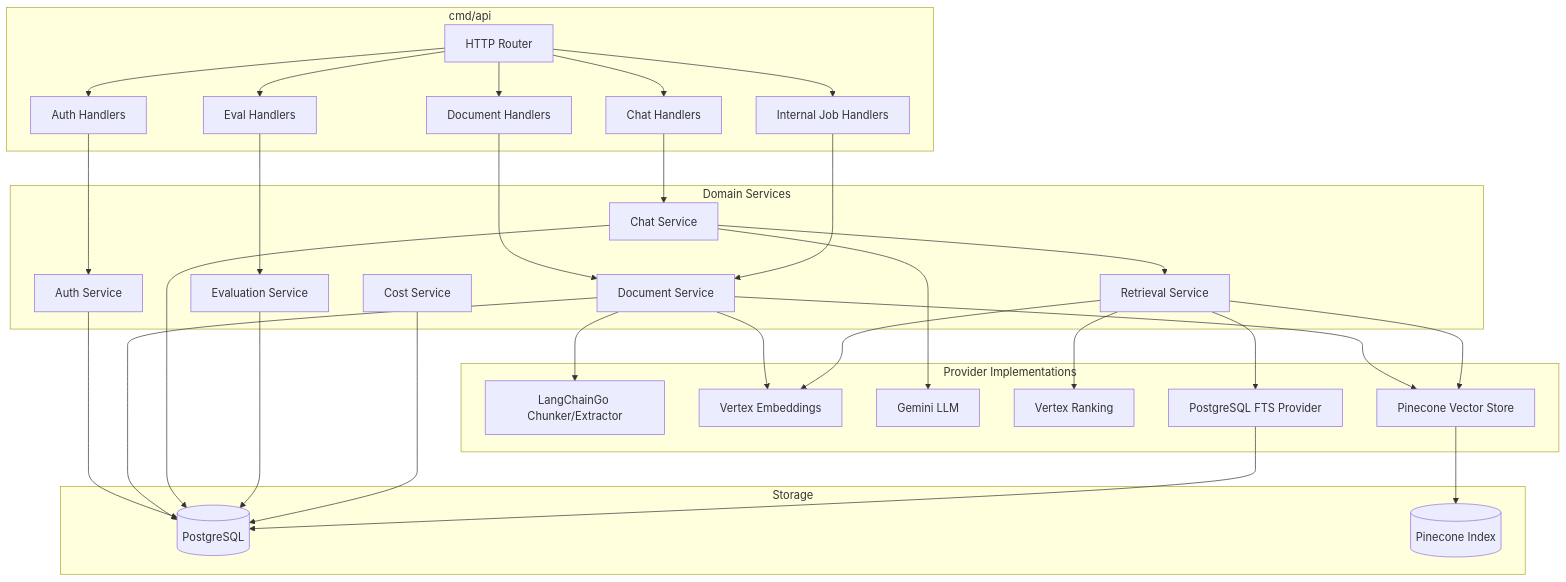
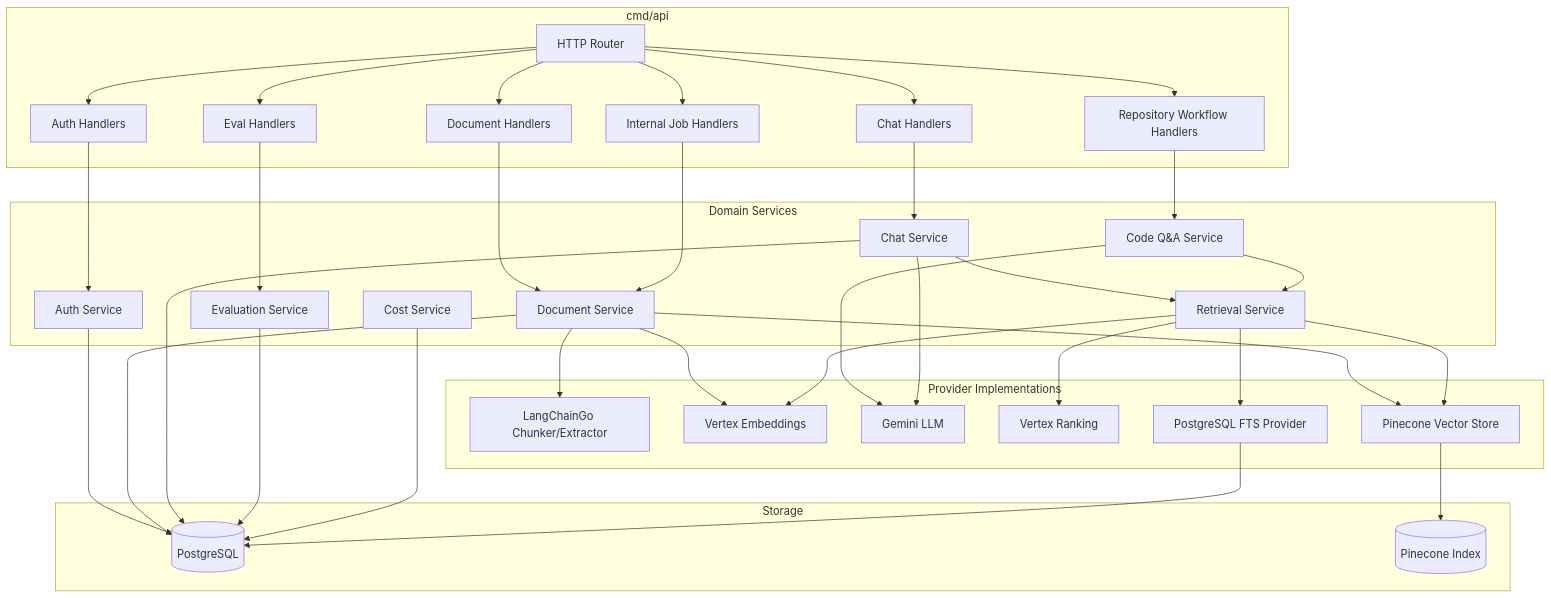
Before and after one commit to tarunngusain08/knowledge-forge: the third of 5 diagrams in docs/02-hld-component-design.md, drawn with Mermaid. The commit also changed other lines of this file and 13 other files, not shown here.

````diff
--- a/docs/02-hld-component-design.md
+++ b/docs/02-hld-component-design.md
@@ -183,64 +187,70 @@
 ```mermaid
 flowchart TB
   subgraph API[cmd/api]
     Router[HTTP Router]
     AuthHandlers[Auth Handlers]
     DocumentHandlers[Document Handlers]
     ChatHandlers[Chat Handlers]
+    CodeQAHandlers[Repository Workflow Handlers]
     EvalHandlers[Eval Handlers]
     JobHandlers[Internal Job Handlers]
   end
 
   subgraph Domain[Domain Services]
     Auth[Auth Service]
     Documents[Document Service]
     Chat[Chat Service]
+    CodeQA[Code Q&A Service]
     Retrieval[Retrieval Service]
     Evaluation[Evaluation Service]
     Costs[Cost Service]
   end
 
   subgraph Providers[Provider Implementations]
     LangChain[LangChainGo Chunker/Extractor]
     VertexEmb[Vertex Embeddings]
     VertexGemini[Gemini LLM]
     VertexRank[Vertex Ranking]
     Pinecone[Pinecone Vector Store]
     FTS[PostgreSQL FTS Provider]
   end
 
   subgraph Storage[Storage]
     DB[(PostgreSQL)]
     Vector[(Pinecone Index)]
   end
 
   Router --> AuthHandlers
   Router --> DocumentHandlers
   Router --> ChatHandlers
+  Router --> CodeQAHandlers
   Router --> EvalHandlers
   Router --> JobHandlers
 
   AuthHandlers --> Auth
   DocumentHandlers --> Documents
   ChatHandlers --> Chat
+  CodeQAHandlers --> CodeQA
   EvalHandlers --> Evaluation
   JobHandlers --> Documents
 
   Chat --> Retrieval
+  CodeQA --> Retrieval
+  CodeQA --> VertexGemini
   Documents --> LangChain
   Documents --> VertexEmb
   Documents --> Pinecone
   Retrieval --> VertexEmb
   Retrieval --> Pinecone
   Retrieval --> FTS
   Retrieval --> VertexRank
   Chat --> VertexGemini
 
   Auth --> DB
   Documents --> DB
   Chat --> DB
   Evaluation --> DB
   Costs --> DB
   Pinecone --> Vector
   FTS --> DB
 ```
````
